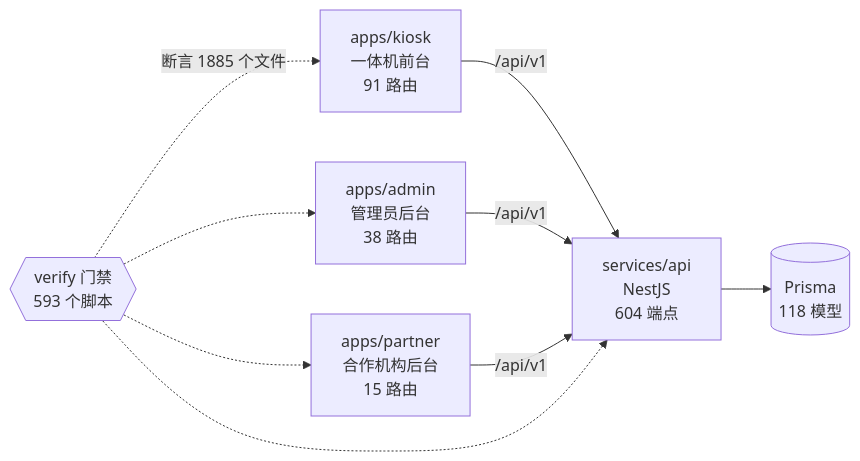
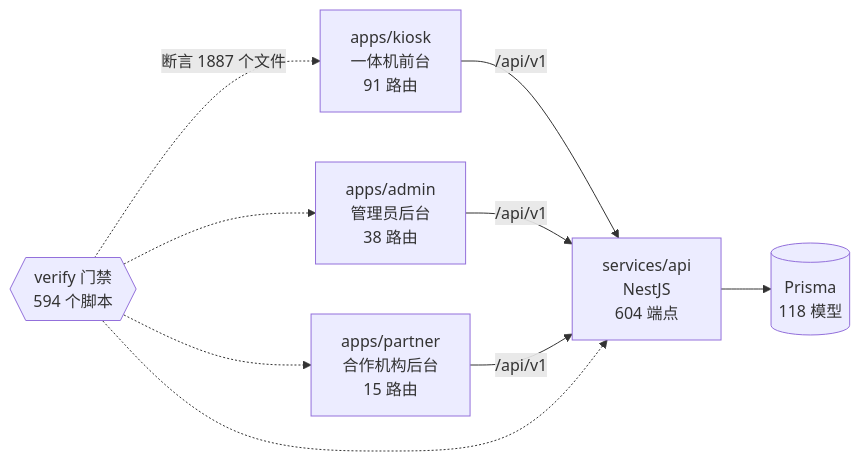
One commit to wanglei581/YITIJI changed the diagram in docs/graph/README.md. Above: the diagram before and after it, drawn with Mermaid. The commit also changed other lines of this file and 34 other files, not shown here.

````diff
--- a/docs/graph/README.md
+++ b/docs/graph/README.md
@@ -68,18 +68,18 @@
 ```mermaid
 flowchart LR
   kiosk["apps/kiosk<br/>一体机前台<br/>91 路由"]
   admin["apps/admin<br/>管理员后台<br/>38 路由"]
   partner["apps/partner<br/>合作机构后台<br/>15 路由"]
   api["services/api<br/>NestJS<br/>604 端点"]
   db[("Prisma<br/>118 模型")]
-  gates{{"verify 门禁<br/>593 个脚本"}}
+  gates{{"verify 门禁<br/>594 个脚本"}}
 
   kiosk -->|"/api/v1"| api
   admin -->|"/api/v1"| api
   partner -->|"/api/v1"| api
   api --> db
-  gates -.->|"断言 1885 个文件"| kiosk
+  gates -.->|"断言 1887 个文件"| kiosk
   gates -.-> admin
   gates -.-> partner
   gates -.-> api
 ```
````
